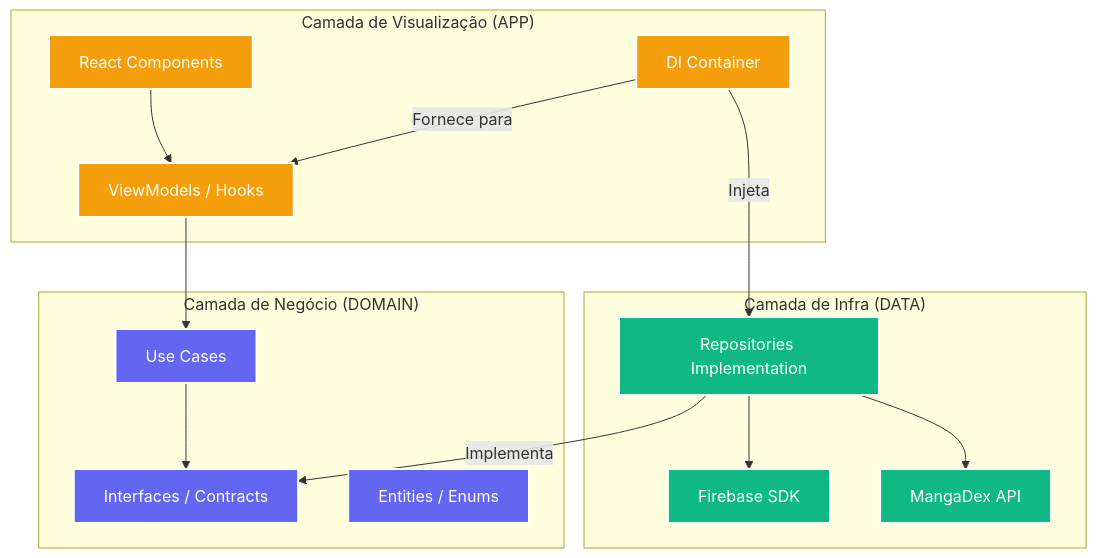
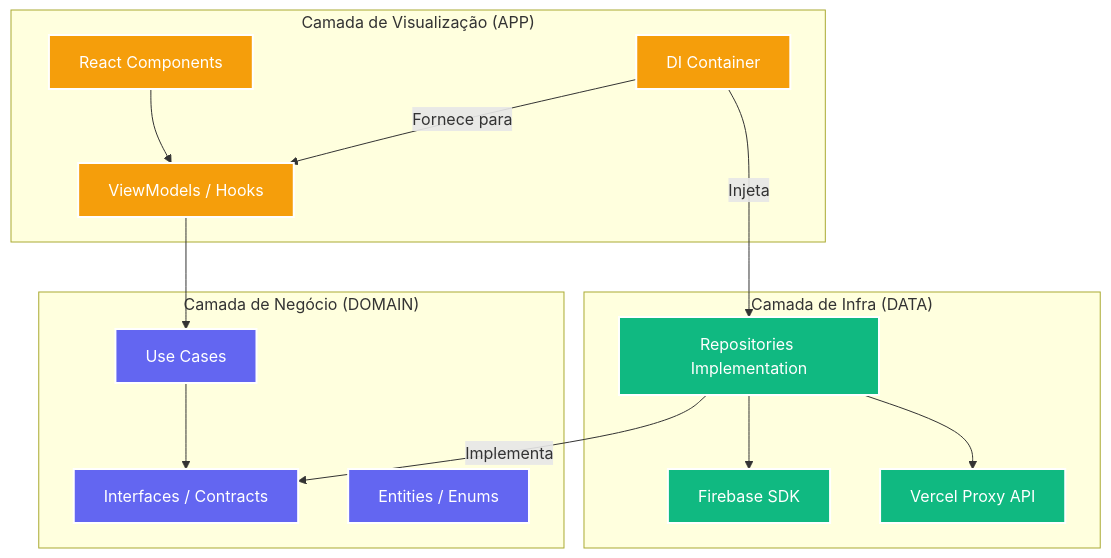
The first of 3 diagrams in README.md (felippe-flutter-dev/mangabrhub), drawn with Mermaid before and after one commit. The commit also changed other lines of this file and 3 other files, not shown here.

````diff
--- a/README.md
+++ b/README.md
@@ -53,33 +57,33 @@
 ```mermaid
 graph TD
     classDef domain fill:#6366f1,stroke:#fff,stroke-width:2px,color:#fff;
     classDef data fill:#10b981,stroke:#fff,stroke-width:2px,color:#fff;
     classDef app fill:#f59e0b,stroke:#fff,stroke-width:2px,color:#fff;
 
     subgraph "Camada de Infra (DATA)"
         RepoImpl[Repositories Implementation]:::data
         Firebase[Firebase SDK]:::data
-        MangaDexAPI[MangaDex API]:::data
+        Proxy[Vercel Proxy API]:::data
     end
 
     subgraph "Camada de Negócio (DOMAIN)"
         UC[Use Cases]:::domain
         Interfaces[Interfaces / Contracts]:::domain
         Models[Entities / Enums]:::domain
     end
 
     subgraph "Camada de Visualização (APP)"
         View[React Components]:::app
         VM[ViewModels / Hooks]:::app
         DI[DI Container]:::app
     end
 
     View --> VM
     VM --> UC
     UC --> Interfaces
     RepoImpl -- Implementa --> Interfaces
     RepoImpl --> Firebase
-    RepoImpl --> MangaDexAPI
+    RepoImpl --> Proxy
     DI -- Injeta --> RepoImpl
     DI -- Fornece para --> VM
 ```
````
